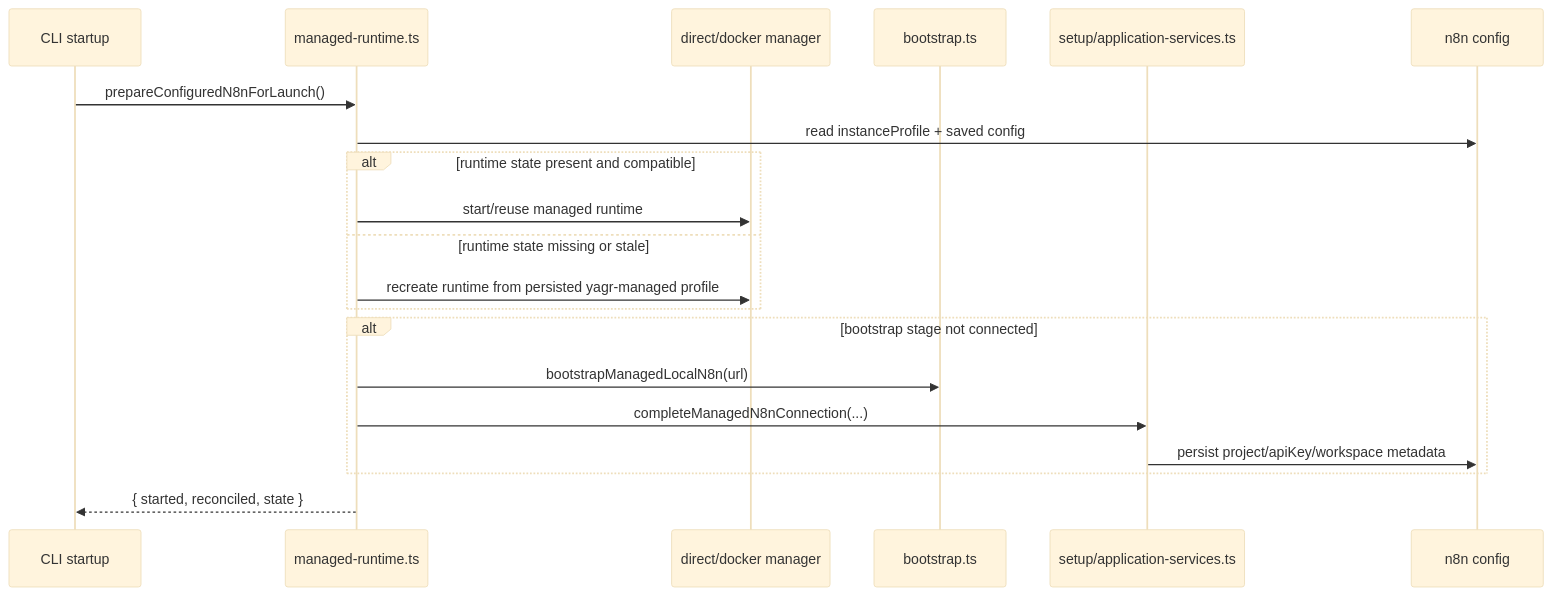
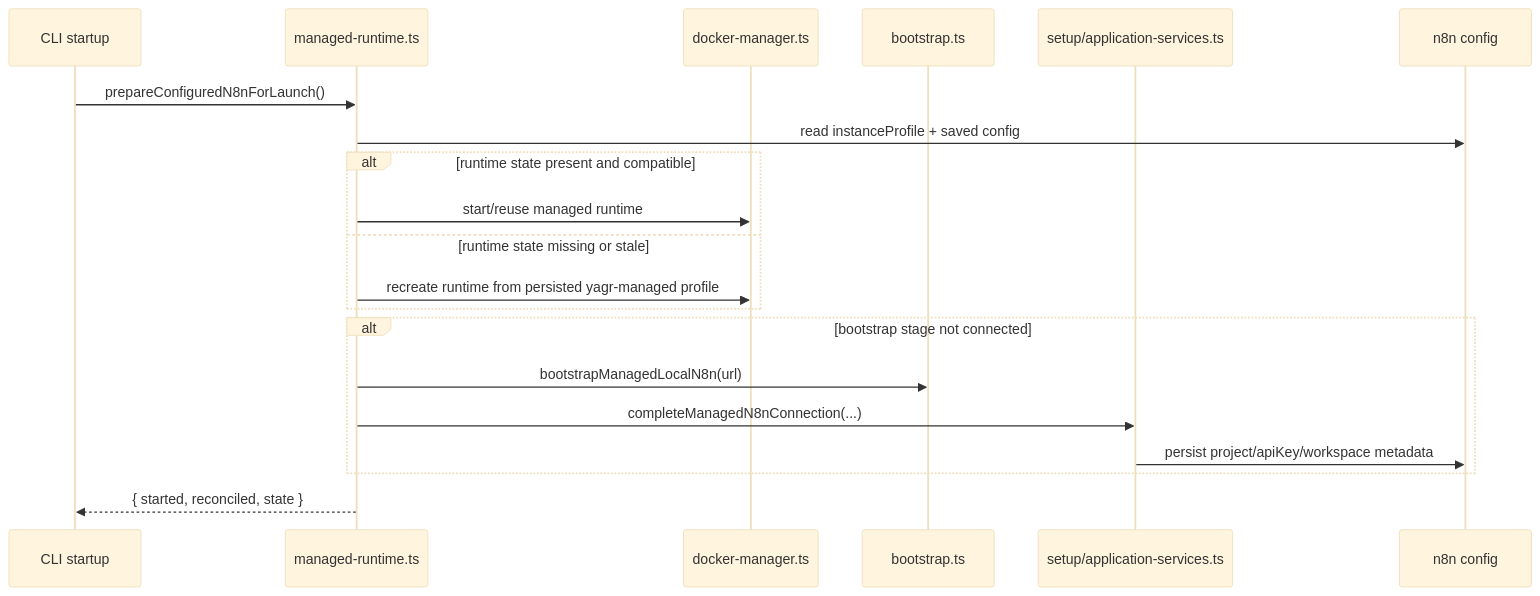
Before and after one commit to EtienneLescot/yagr: the fourth of 7 diagrams in architecture/current/runtime-flows.md, drawn with Mermaid (base theme). The commit also changed other lines of this file and 41 other files, not shown here.

````diff
--- a/architecture/current/runtime-flows.md
+++ b/architecture/current/runtime-flows.md
@@ -94,23 +94,23 @@
 ```mermaid
 sequenceDiagram
     participant CLI as CLI startup
     participant MGR as managed-runtime.ts
-    participant RT as direct/docker manager
+    participant RT as docker-manager.ts
     participant BOOT as bootstrap.ts
     participant APP as setup/application-services.ts
     participant CFG as n8n config
 
     CLI->>MGR: prepareConfiguredN8nForLaunch()
     MGR->>CFG: read instanceProfile + saved config
     alt runtime state present and compatible
         MGR->>RT: start/reuse managed runtime
     else runtime state missing or stale
         MGR->>RT: recreate runtime from persisted yagr-managed profile
     end
     alt bootstrap stage not connected
         MGR->>BOOT: bootstrapManagedLocalN8n(url)
         MGR->>APP: completeManagedN8nConnection(...)
         APP->>CFG: persist project/apiKey/workspace metadata
     end
     MGR-->>CLI: { started, reconciled, state }
 ```
````
